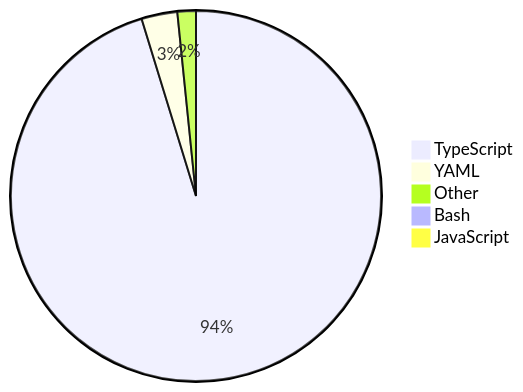
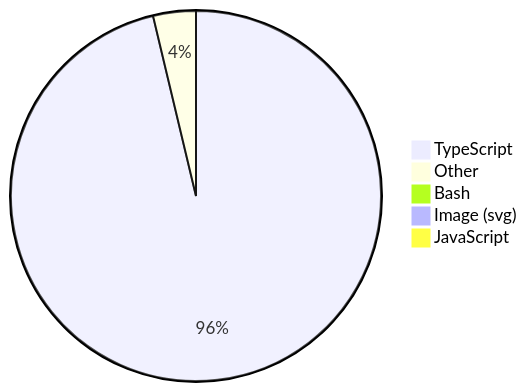
One commit to skvggor/skvggor changed the diagram in README.md. Above: the diagram before and after it, drawn with Mermaid.

Commit message:
Updated waka-readme graph with new metrics

````diff
--- a/README.md
+++ b/README.md
@@ -16,8 +16,8 @@
 ```mermaid
 pie
-    "TypeScript" : 94.4
-    "YAML" : 3.1
-    "Other" : 1.6
+    "TypeScript" : 95.5
+    "Other" : 3.7
     "Bash" : 0.8
+    "Image (svg)" : 0.0
     "JavaScript" : 0.0
 ```
````
